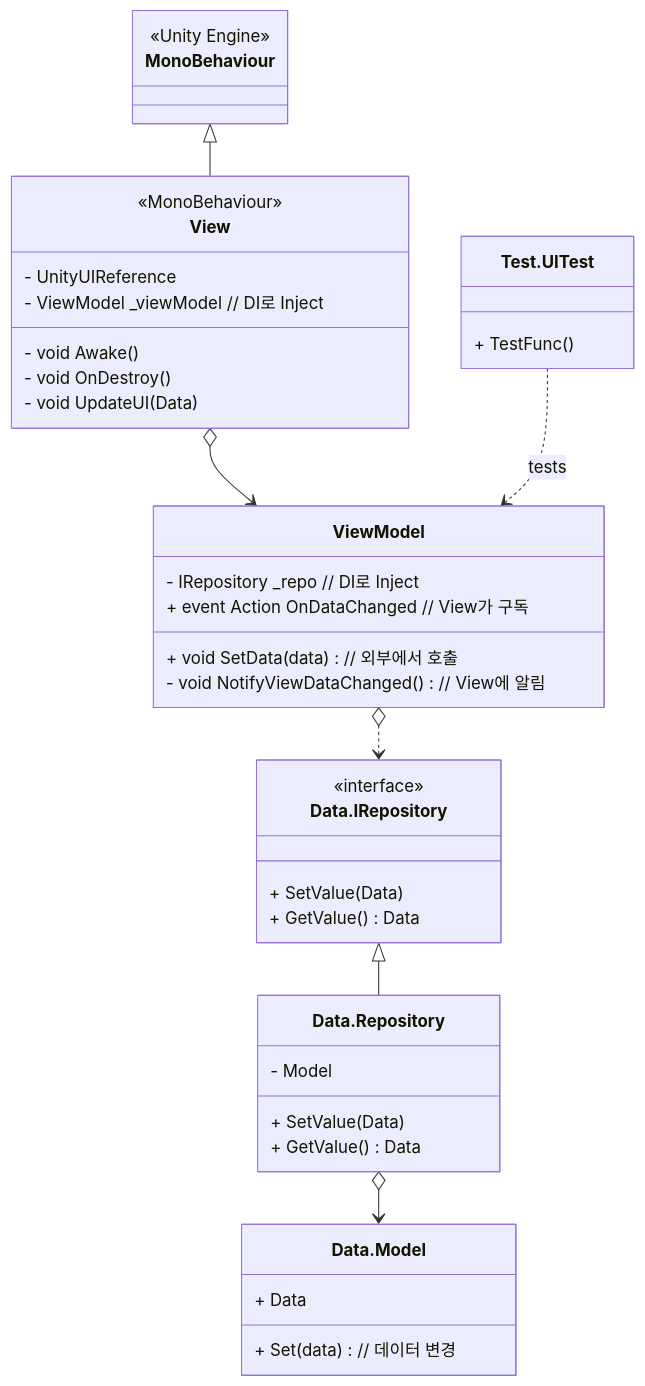
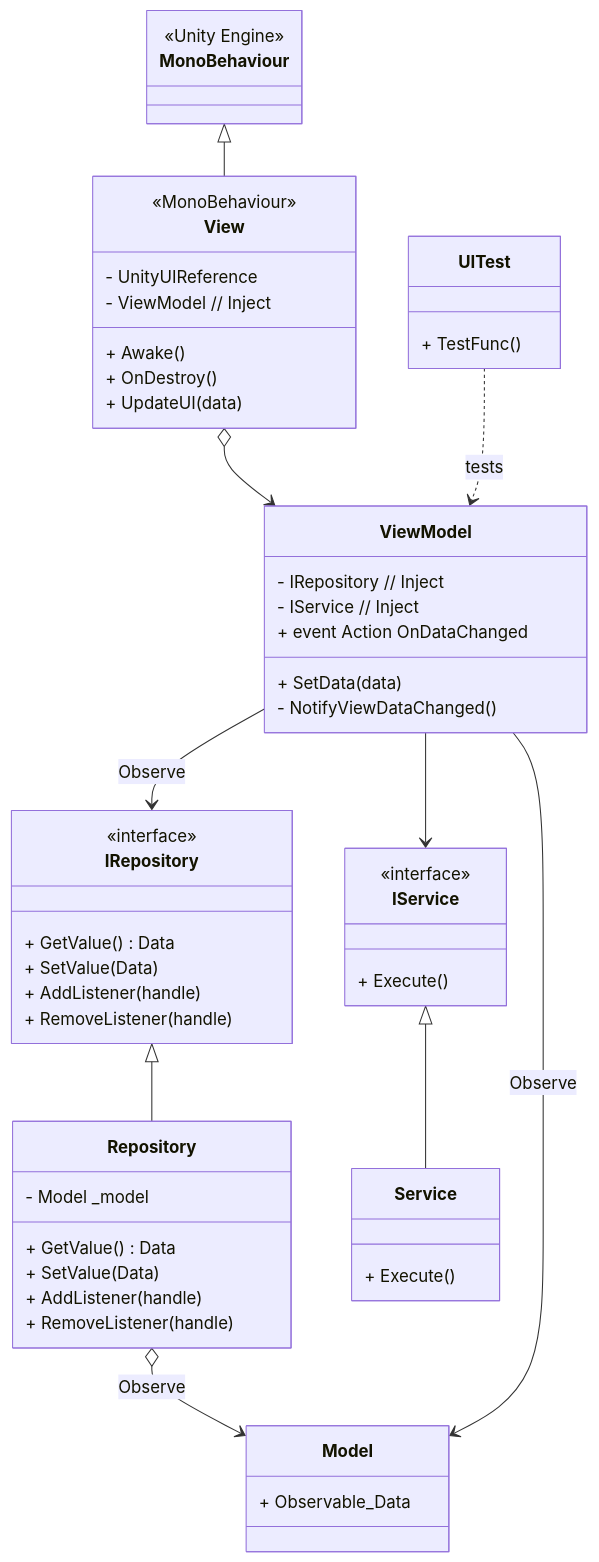
One commit to HyunWoo-Jo/ProjectHS changed the fourth of 4 diagrams in _Doc/System.md. Above: the diagram before and after it, drawn with Mermaid. The commit also changed other lines of this file, not shown here.

````diff
--- a/_Doc/System.md
+++ b/_Doc/System.md
@@ -187,61 +194,71 @@
 ```mermaid
 classDiagram
     class MonoBehaviour {
         <<Unity Engine>>
     }
 
-    class Test.UITest {
-        + TestFunc()
-    }
-subgraph VVM
     class View {
         <<MonoBehaviour>>
         - UnityUIReference
-        - ViewModel _viewModel // DI로 Inject
-
-        - void Awake()
-        - void OnDestroy()
-        - void UpdateUI(Data )
+        - ViewModel  // Inject
+        + Awake()
+        + OnDestroy()
+        + UpdateUI(data)
     }
 
     class ViewModel {
-        - IRepository _repo // DI로 Inject
-        + event Action OnDataChanged // View가 구독
+        - IRepository // Inject
+        - IService // Inject
+        + event Action OnDataChanged
+        + SetData(data)
+        - NotifyViewDataChanged()
+    }
 
-        + void SetData(data)  // 외부에서 호출
-        - void NotifyViewDataChanged() // View에 알림
+ 
+    class IRepository {
+        <<interface>>
+        + GetValue() Data
+        + SetValue(Data)
+        + AddListener(handle)
+        + RemoveListener(handle)
     }
-end
-subgraph DataAcess
-    class Data.IRepository {
+
+    class Repository {
+        - Model _model
+        + GetValue() Data
+        + SetValue(Data)
+        + AddListener(handle)
+        + RemoveListener(handle)
+    }
+
+    class Model {
+        + Observable_Data  
+    }
+
+ 
+    class IService {
         <<interface>>
-        + SetValue(Data)
-        + GetValue() Data
+        + Execute()
     }
-    class Data.Repository {
-        - Model
-        + SetValue(Data)
-        + GetValue() Data
+
+    class Service {
+        + Execute()
     }
-    class Data.Model {
-        + Data
-        + Set(data) // 데이터 변경
-    }
-end
 
 
-    MonoBehaviour <|-- View 
-    View o--> ViewModel
+    class UITest {
+        + TestFunc()
+    }
 
-    ViewModel o..> Data.IRepository
-    Data.IRepository <|-- Data.Repository
-    Data.Repository o--> Data.Model
-    
-    Test.UITest ..> ViewModel : tests
-    
 
-    %% Notes:
-    %% o-- : Composition/Aggregation 
-    %% --|> : Inheritance 상속
-    %% ..> : Dependency / Interaction 
+    MonoBehaviour <|-- View       
+    View o--> ViewModel               
+    ViewModel --> IRepository : Observe  
+         
+    ViewModel --> IService              
+    IRepository <|-- Repository     
+    Repository o--> Model : Observe  
+    ViewModel --> Model : Observe           
+    UITest ..> ViewModel : tests  
+    IService <|-- Service
 ```
````
